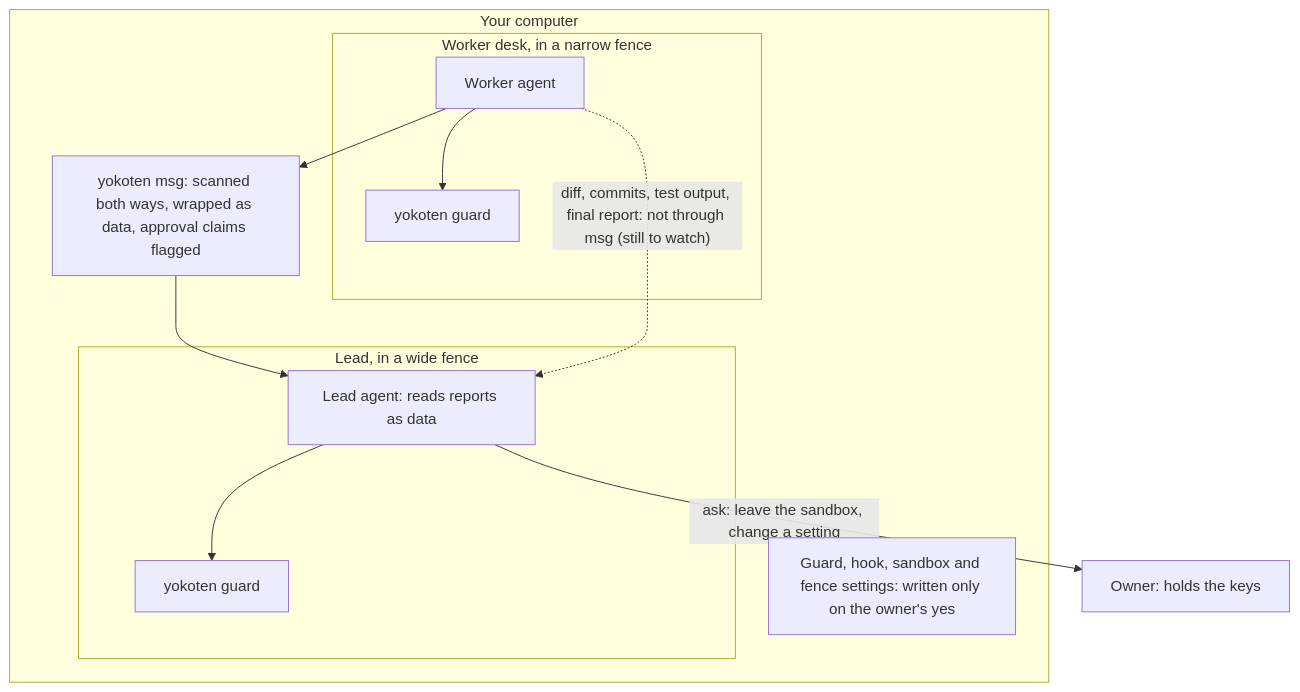
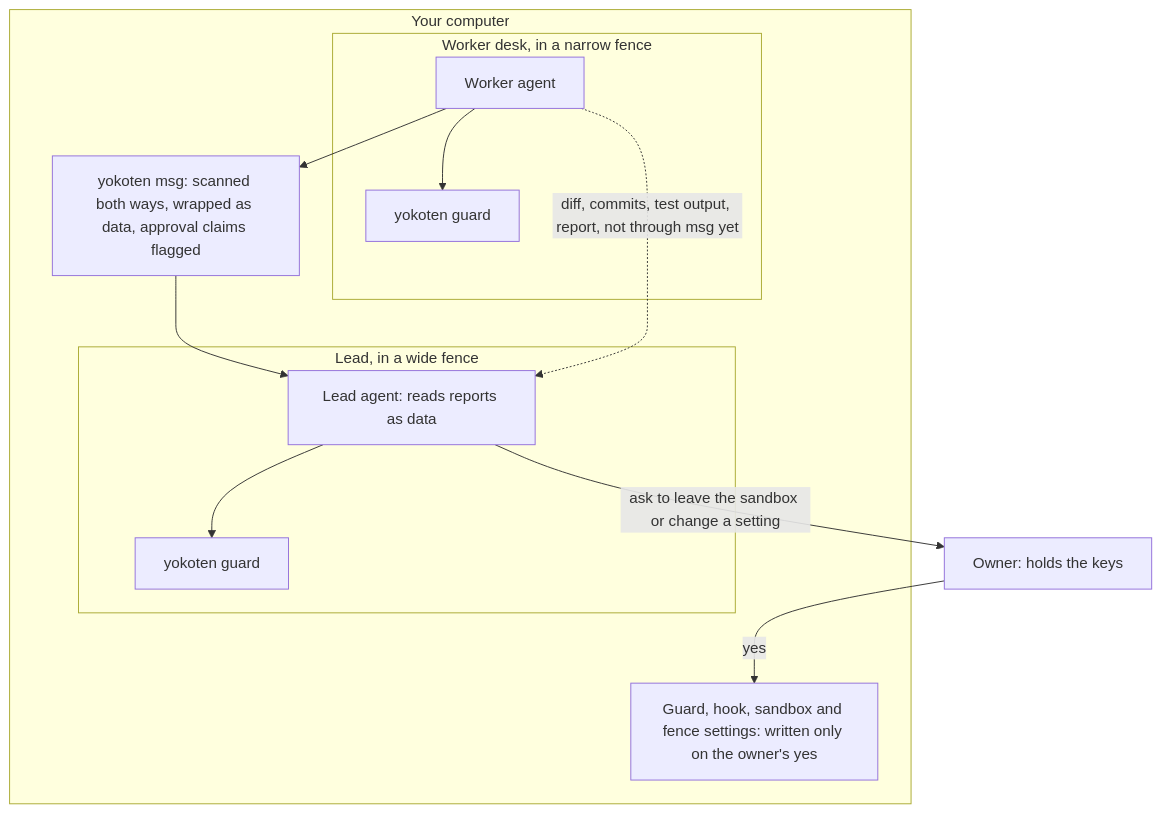
One commit to yokoten-labs/yokoten changed the diagram in docs/records/0054-one-rulebook-owner-holds-keys.md. Above: the diagram before and after it, drawn with Mermaid. The commit also changed other lines of this file, not shown here.

````diff
--- a/docs/records/0054-one-rulebook-owner-holds-keys.md
+++ b/docs/records/0054-one-rulebook-owner-holds-keys.md
@@ -93,17 +95,18 @@
 ```mermaid
 flowchart TB
   owner["Owner: holds the keys"]
   subgraph machine["Your computer"]
     subgraph leadfence["Lead, in a wide fence"]
       lead["Lead agent: reads reports as data"] --> lguard["yokoten guard"]
     end
     subgraph desk["Worker desk, in a narrow fence"]
       worker["Worker agent"] --> wguard["yokoten guard"]
     end
     msg["yokoten msg: scanned both ways, wrapped as data, approval claims flagged"]
     settings["Guard, hook, sandbox and fence settings: written only on the owner's yes"]
   end
-  lead -- "ask: leave the sandbox, change a setting" --> owner
+  lead -- "ask to leave the sandbox or change a setting" --> owner
+  owner -- "yes" --> settings
   worker --> msg --> lead
-  worker -. "diff, commits, test output, final report: not through msg (still to watch)" .-> lead
+  worker -. "diff, commits, test output, report, not through msg yet" .-> lead
 ```
````
